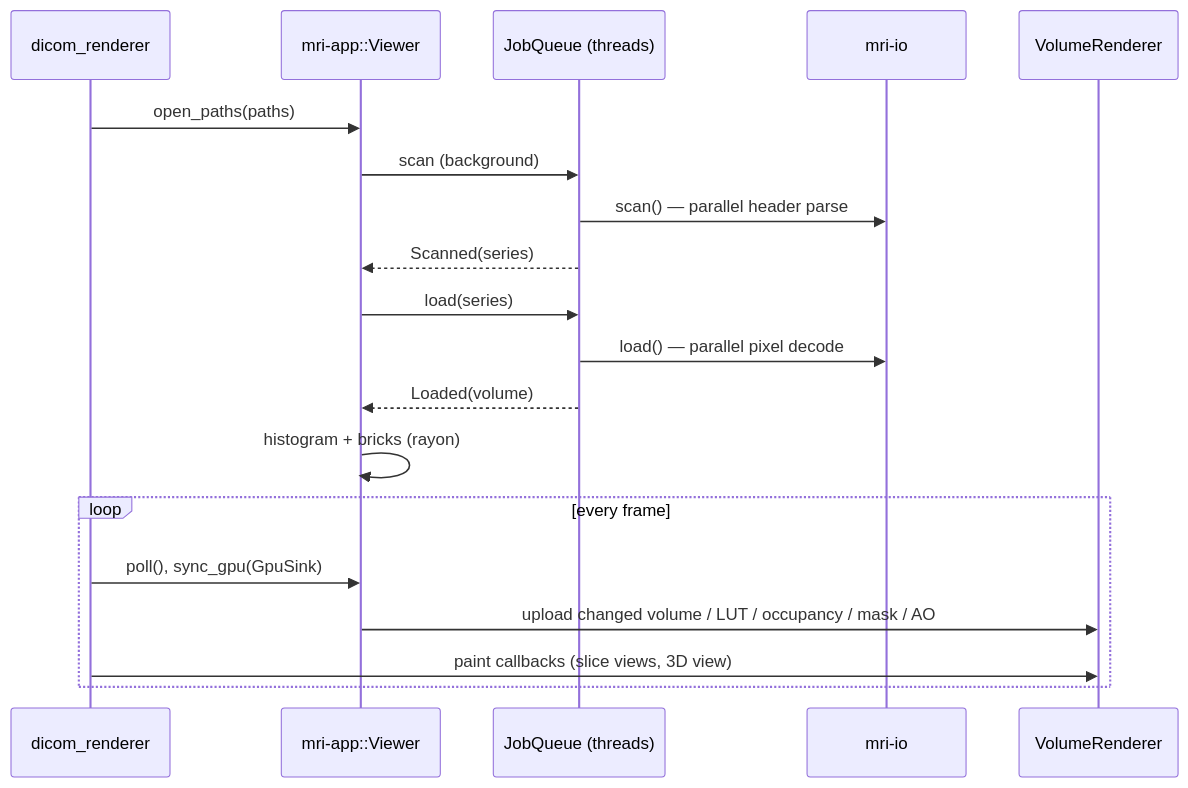
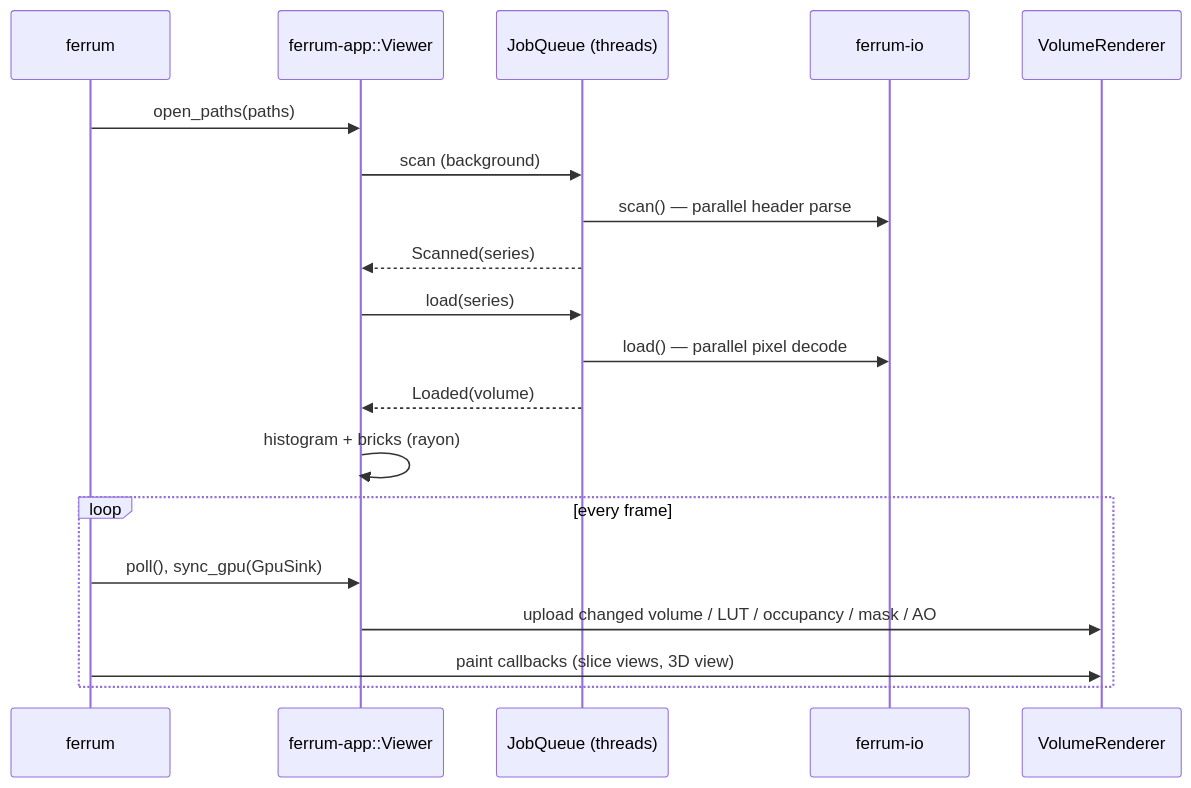
The second of 2 diagrams in docs/architecture.md (Kauter1989/ferrum), drawn with Mermaid before and after one commit. The commit also changed other lines of this file and 134 other files, not shown here.

````diff
--- a/docs/architecture.md
+++ b/docs/architecture.md
@@ -43,22 +43,22 @@
 ```mermaid
 sequenceDiagram
-    participant UI as dicom_renderer
-    participant App as mri-app::Viewer
+    participant UI as ferrum
+    participant App as ferrum-app::Viewer
     participant Jobs as JobQueue (threads)
-    participant Repo as mri-io
+    participant Repo as ferrum-io
     participant GPU as VolumeRenderer
 
     UI->>App: open_paths(paths)
     App->>Jobs: scan (background)
     Jobs->>Repo: scan() — parallel header parse
     Jobs-->>App: Scanned(series)
     App->>Jobs: load(series)
     Jobs->>Repo: load() — parallel pixel decode
     Jobs-->>App: Loaded(volume)
     App->>App: histogram + bricks (rayon)
     loop every frame
         UI->>App: poll(), sync_gpu(GpuSink)
         App->>GPU: upload changed volume / LUT / occupancy / mask / AO
         UI->>GPU: paint callbacks (slice views, 3D view)
     end
 ```
````
